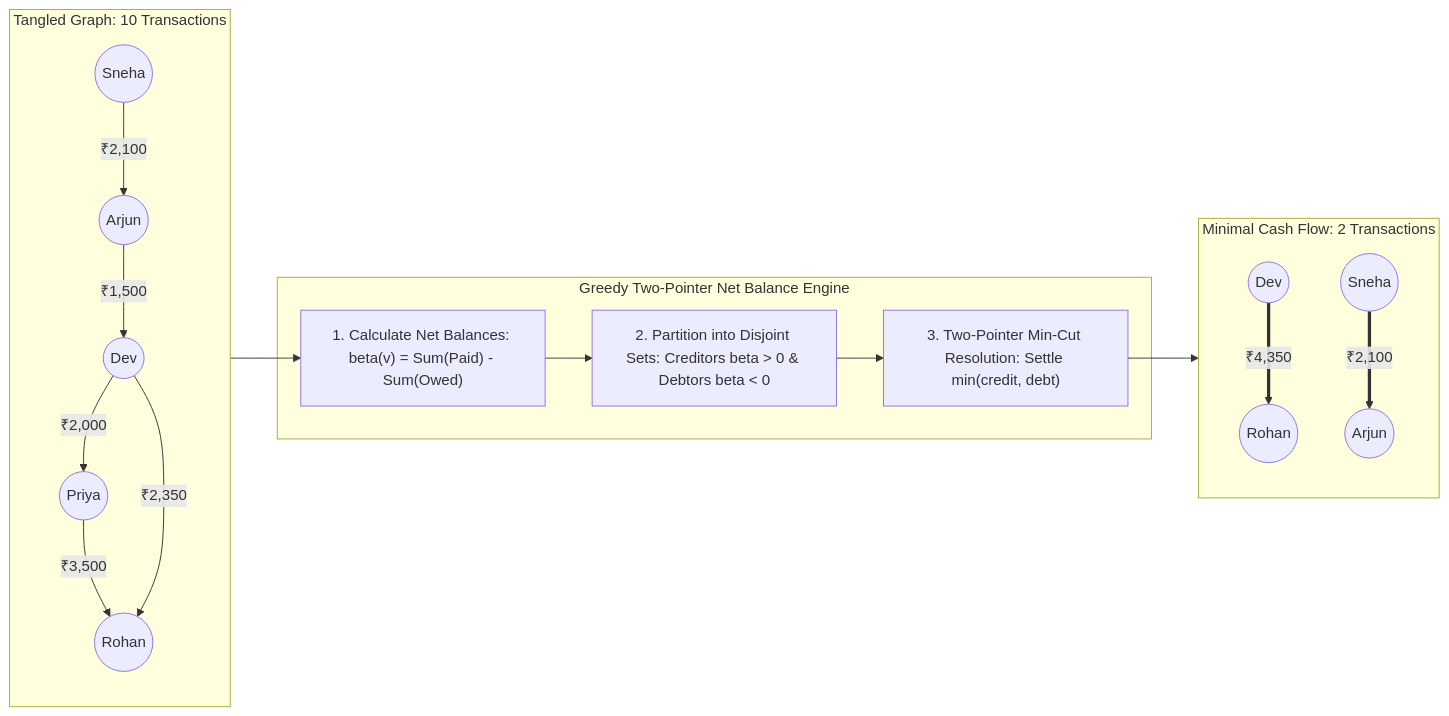
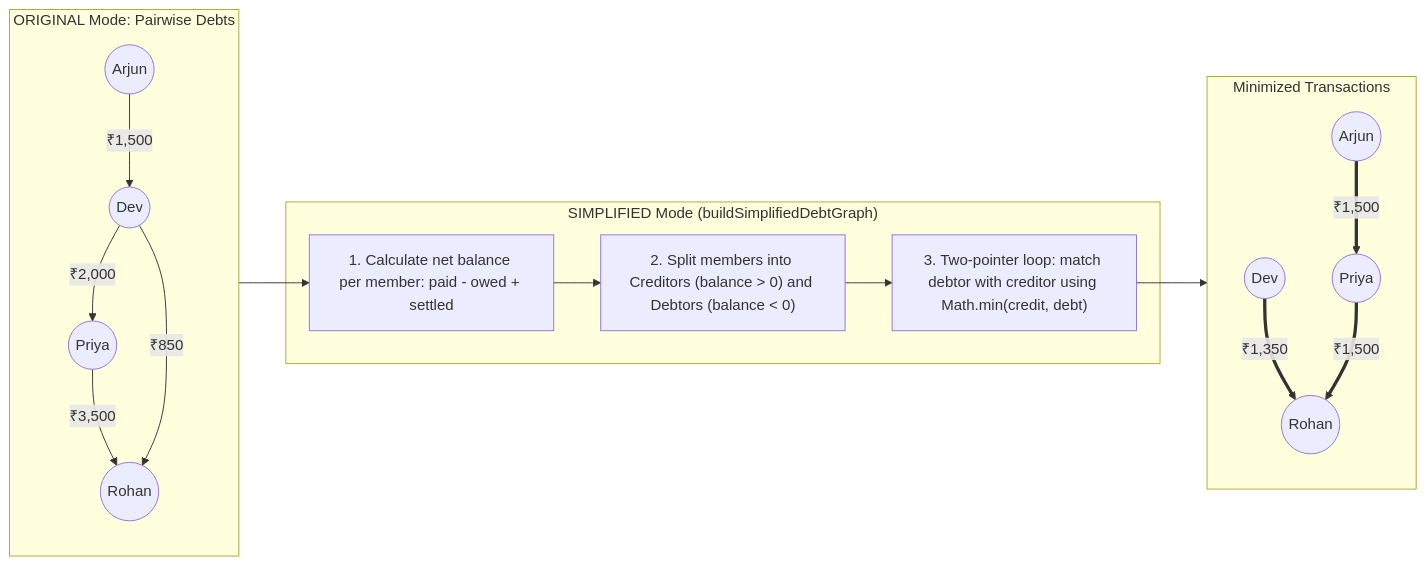
The second of 6 diagrams in README.md (Nasif284/Kafla-server), drawn with Mermaid before and after one commit. The commit also changed other lines of this file, not shown here.

````diff
--- a/README.md
+++ b/README.md
@@ -81,23 +80,23 @@
 ```mermaid
 flowchart LR
-    subgraph Raw_Pairwise_Debts["Tangled Graph: 10 Transactions"]
+    subgraph Raw_Debts["ORIGINAL Mode: Pairwise Debts"]
         A((Dev)) -->|₹2,000| B((Priya))
         C((Arjun)) -->|₹1,500| A
         B -->|₹3,500| D((Rohan))
-        E((Sneha)) -->|₹2,100| C
-        A -->|₹2,350| D
+        A -->|₹850| D
     end
 
-    subgraph Net_Settlement_Algorithm["Greedy Two-Pointer Net Balance Engine"]
-        CALC["1. Calculate Net Balances: beta(v) = Sum(Paid) - Sum(Owed)"]
-        PART["2. Partition into Disjoint Sets: Creditors beta > 0 & Debtors beta < 0"]
-        MATCH["3. Two-Pointer Min-Cut Resolution: Settle min(credit, debt)"]
+    subgraph Algorithm["SIMPLIFIED Mode (buildSimplifiedDebtGraph)"]
+        STEP1["1. Calculate net balance per member: paid - owed + settled"]
+        STEP2["2. Split members into Creditors (balance > 0) and Debtors (balance < 0)"]
+        STEP3["3. Two-pointer loop: match debtor with creditor using Math.min(credit, debt)"]
     end
 
-    subgraph Optimized_Settlements["Minimal Cash Flow: 2 Transactions"]
-        O1((Dev)) ==>|₹4,350| O2((Rohan))
-        O3((Sneha)) ==>|₹2,100| O4((Arjun))
+    subgraph Simplified["Minimized Transactions"]
+        S1((Dev)) ==>|₹1,350| S2((Rohan))
+        S3((Priya)) ==>|₹1,500| S2
+        S4((Arjun)) ==>|₹1,500| S3
     end
 
-    Raw_Pairwise_Debts --> CALC --> PART --> MATCH --> Optimized_Settlements
+    Raw_Debts --> STEP1 --> STEP2 --> STEP3 --> Simplified
 ```
````
